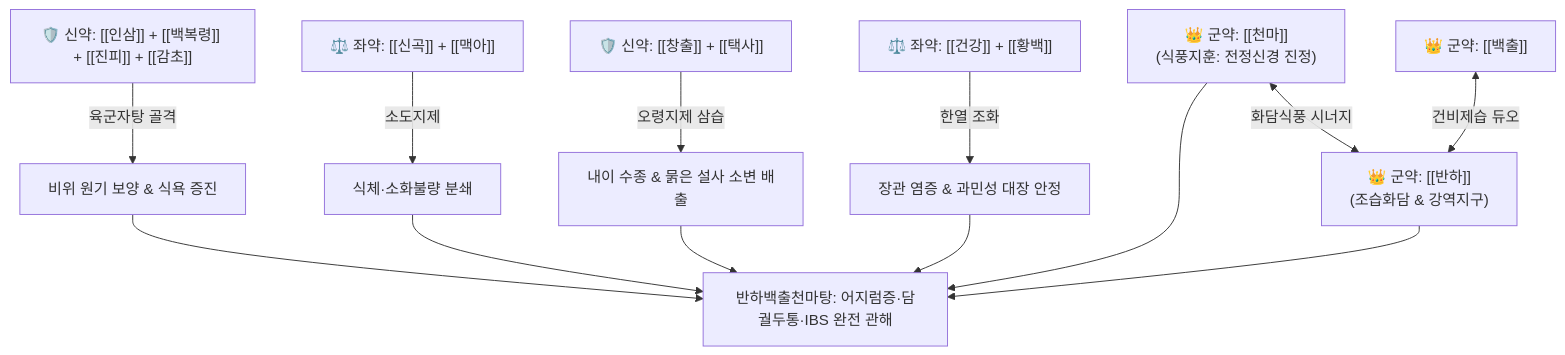
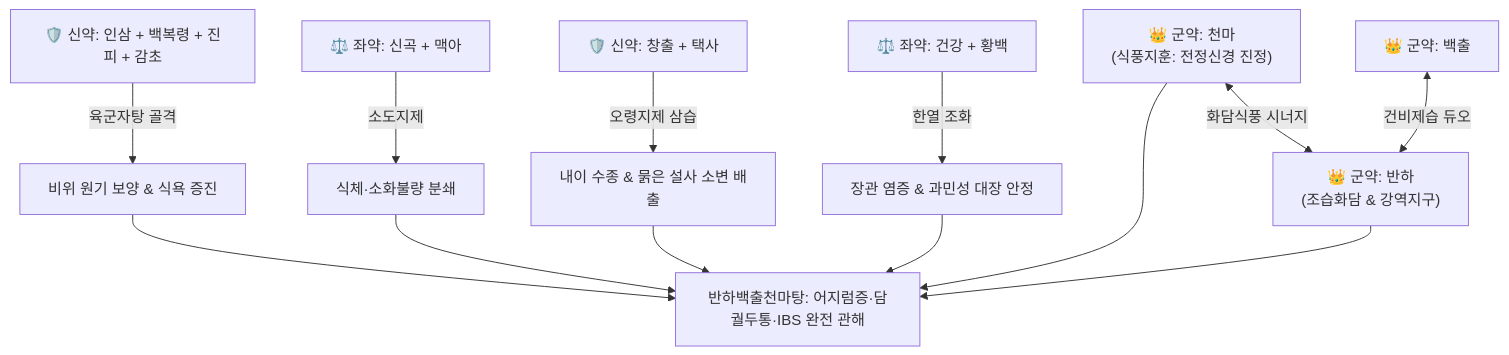
One commit to simbio11/simbio-digital-garden2 changed the diagram in content/2. 약리 공부/처방/03_화담·거습·이수제/반하백출천마탕.md. Above: the diagram before and after it, drawn with Mermaid. The commit also changed other lines of this file and 323 other files, not shown here.

````diff
--- a/content/2. 약리 공부/처방/03_화담·거습·이수제/반하백출천마탕.md
+++ b/content/2. 약리 공부/처방/03_화담·거습·이수제/반하백출천마탕.md
@@ -55,10 +57,10 @@
 ```mermaid
 graph TD
-    TM["👑 군약: [[천마]]<br>(식풍지훈: 전정신경 진정)"] <-->|화담식풍 시너지| BH["👑 군약: [[반하]]<br>(조습화담 & 강역지구)"]
-    BC["👑 군약: [[백출]]"] <-->|건비제습 듀오| BH
-    LK["🛡️ 신약: [[인삼]] + [[백복령]] + [[진피]] + [[감초]]"] -->|육군자탕 골격| X["비위 원기 보양 & 식욕 증진"]
-    SD["⚖️ 좌약: [[신곡]] + [[맥아]]"] -->|소도지제| Y["식체·소화불량 분쇄"]
-    OL["🛡️ 신약: [[창출]] + [[택사]]"] -->|오령지제 삼습| Z["내이 수종 & 묽은 설사 소변 배출"]
-    GH["⚖️ 좌약: [[건강]] + [[황백]]"] -->|한열 조화| W["장관 염증 & 과민성 대장 안정"]
+    TM["👑 군약: 천마<br>(식풍지훈: 전정신경 진정)"] <-->|화담식풍 시너지| BH["👑 군약: 반하<br>(조습화담 & 강역지구)"]
+    BC["👑 군약: 백출"] <-->|건비제습 듀오| BH
+    LK["🛡️ 신약: 인삼 + 백복령 + 진피 + 감초"] -->|육군자탕 골격| X["비위 원기 보양 & 식욕 증진"]
+    SD["⚖️ 좌약: 신곡 + 맥아"] -->|소도지제| Y["식체·소화불량 분쇄"]
+    OL["🛡️ 신약: 창출 + 택사"] -->|오령지제 삼습| Z["내이 수종 & 묽은 설사 소변 배출"]
+    GH["⚖️ 좌약: 건강 + 황백"] -->|한열 조화| W["장관 염증 & 과민성 대장 안정"]
     X & Y & Z & W & TM & BH --> Final["반하백출천마탕: 어지럼증·담궐두통·IBS 완전 관해"]
 ```
````
